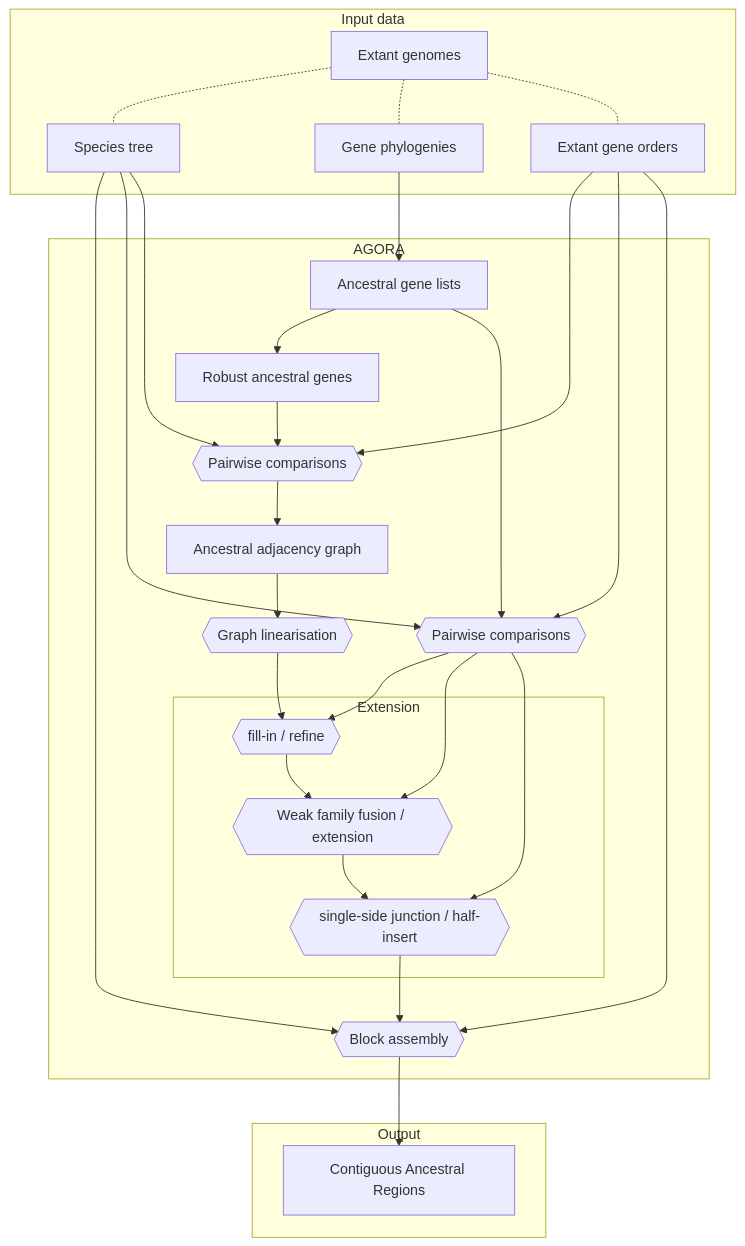
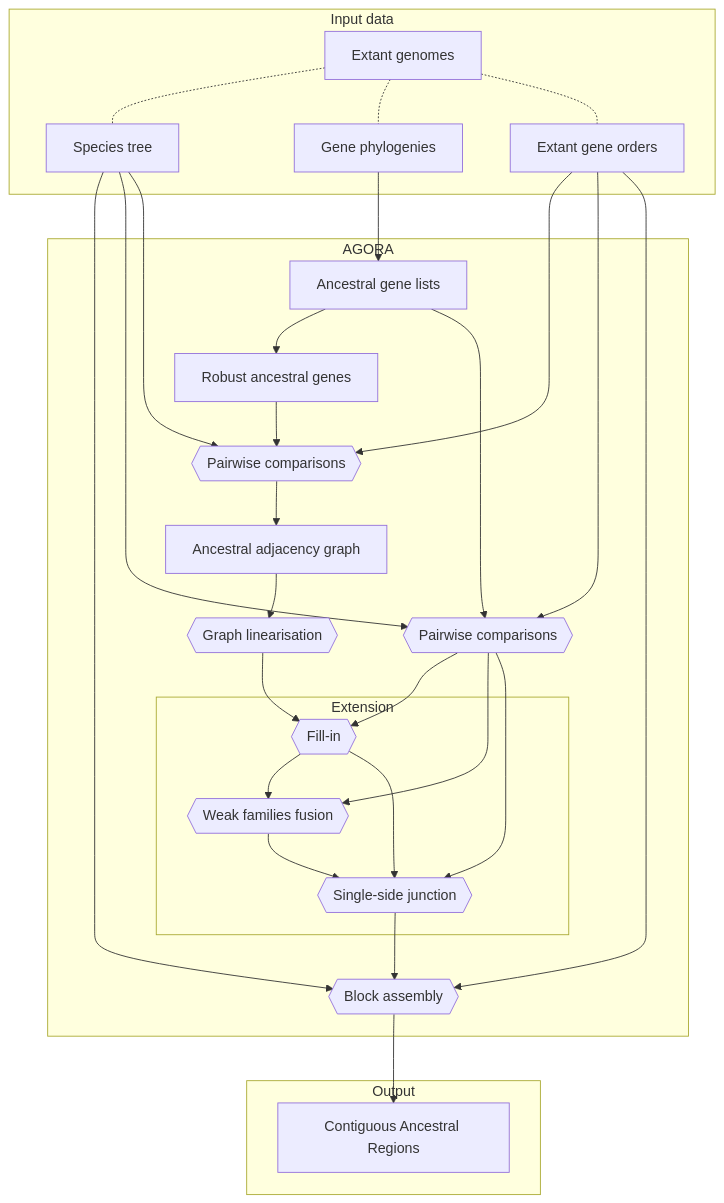
Before and after one commit to DyogenIBENS/Agora: the diagram in doc/agora_robust2.mmd, drawn with Mermaid. The commit also changed 1 other file, not shown here.

```diff
--- a/doc/agora_robust2.mmd
+++ b/doc/agora_robust2.mmd
@@ -1,30 +1,31 @@
 graph TD
   subgraph Input data
     A[Extant genomes]
     B[Species tree]
     C[Gene phylogenies]
     D[Extant gene orders]
   end
   subgraph AGORA
     E[Ancestral gene lists]
     EE[Robust ancestral genes]
     F{{Pairwise comparisons}}
     FF{{Pairwise comparisons}}
     G[Ancestral adjacency graph]
     H{{Graph linearisation}}
     subgraph Extension
-      L{{fill-in / refine}}
-      M{{Weak family fusion / extension}}
-      N{{single-side junction / half-insert}}
+      L{{Fill-in}}
+      M{{Weak families fusion}}
+      N{{Single-side junction}}
     end
     J{{Block assembly}}
   end
   subgraph Output
     K[Contiguous Ancestral Regions]
   end
   A -.- B & C & D
   C --> E
   B --> J & F & FF
   D --> FF & F & J
   E --> EE --> FF --> G --> H --> L --> M --> N --> J --> K
+  L --> N
   E --> F --> L & M & N
```
